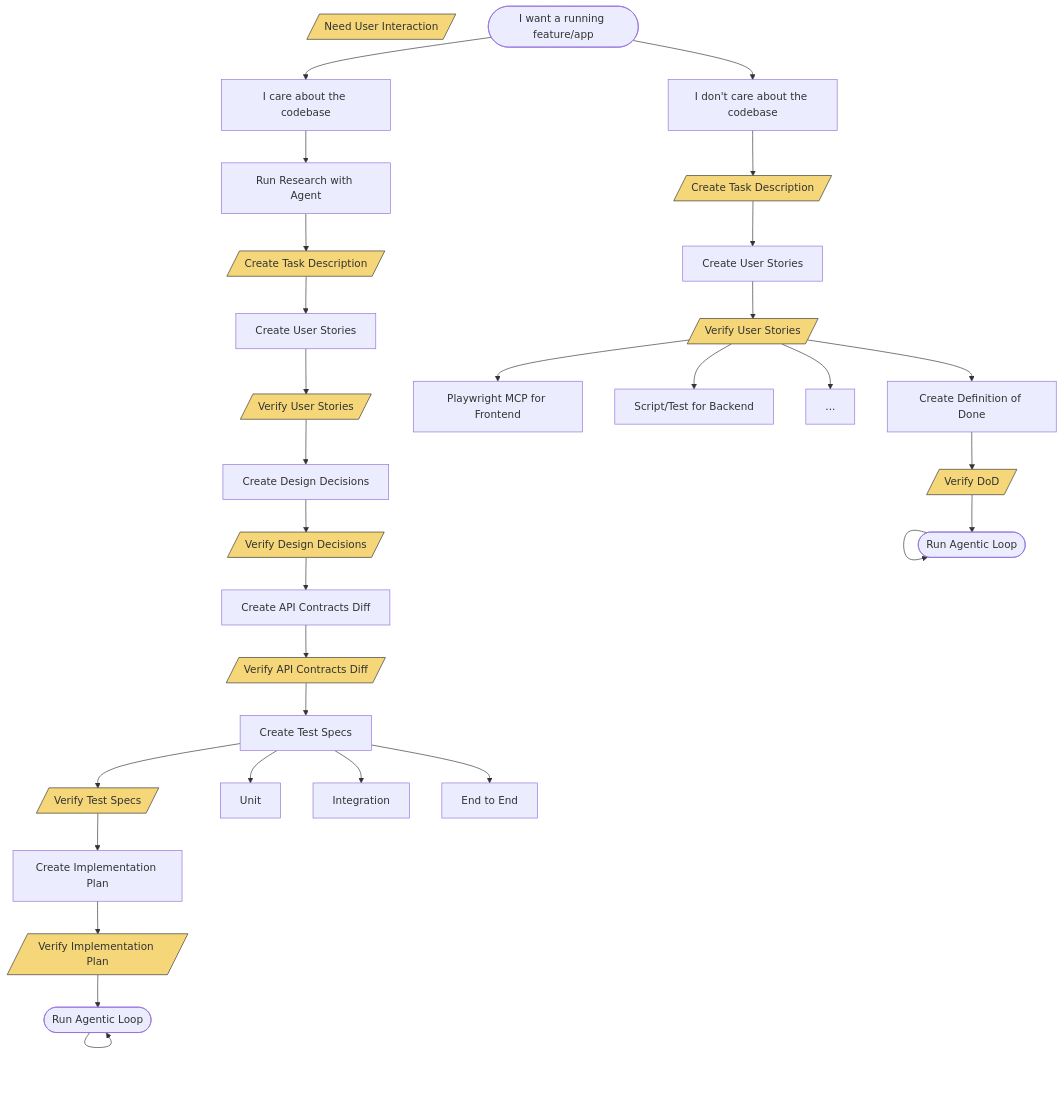
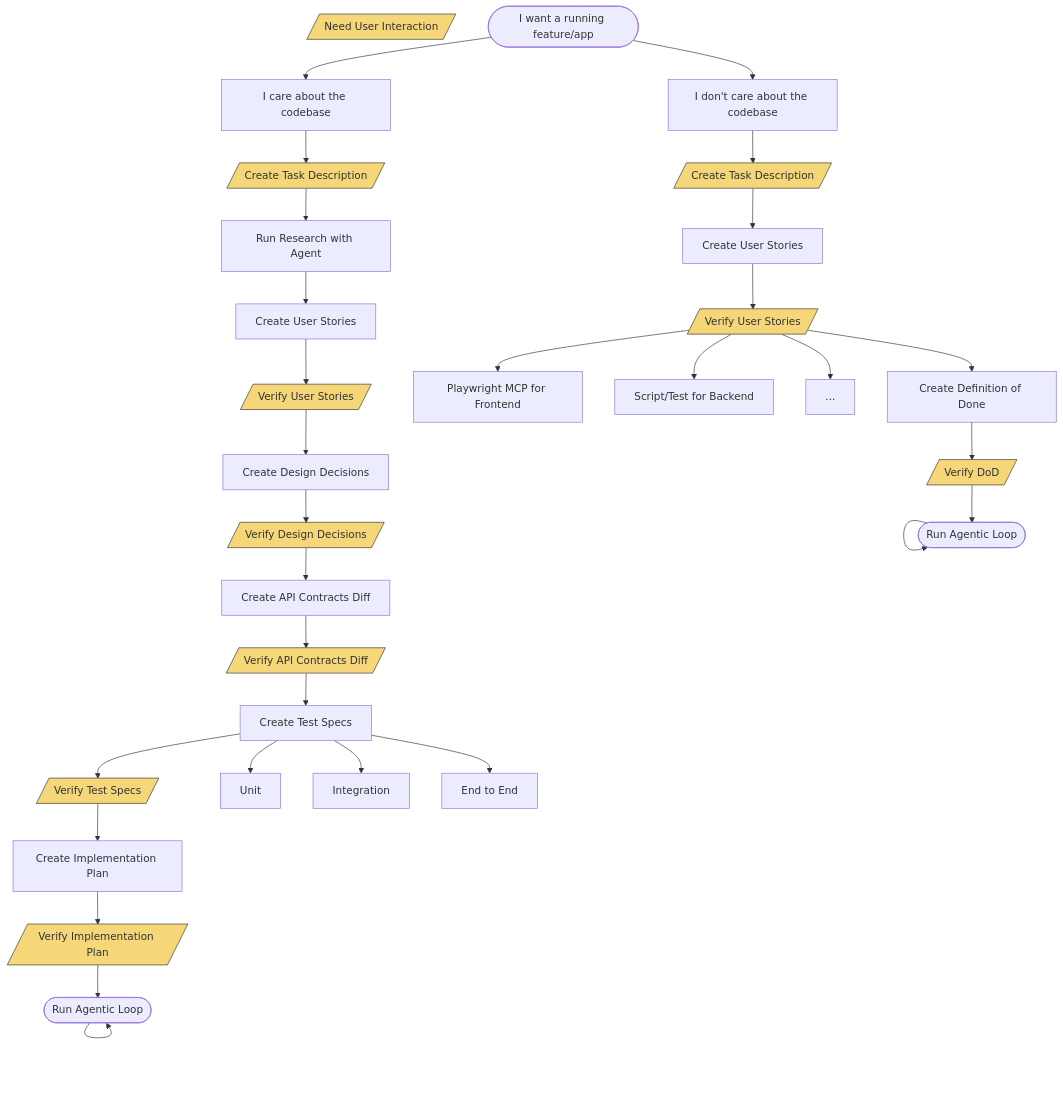
One commit to roman-romanov-o/sahaidachny changed the diagram in PLANNING.md. Above: the diagram before and after it, drawn with Mermaid. The commit also changed other lines of this file and 22 other files, not shown here.

````diff
--- a/PLANNING.md
+++ b/PLANNING.md
@@ -148,59 +148,59 @@
 ```mermaid
 flowchart TD
     %% Legend
     legend[/"Need User Interaction"/]
     style legend fill:#f5d77a,stroke:#333,stroke-width:1px
 
     %% Entry point
     start(["I want a running feature/app"])
 
     %% Decision split
     start --> dontcare["I don't care about the codebase"]
     start --> care["I care about the codebase"]
 
     %% Left branch - Don't care about codebase
     dontcare --> L_createTask[/"Create Task Description"/]
     L_createTask --> L_createStories["Create User Stories"]
     L_createStories --> L_verifyStories[/"Verify User Stories"/]
     L_verifyStories --> L_createDoD["Create Definition of Done"]
     L_createDoD --> L_verifyDoD[/"Verify DoD"/]
     L_verifyDoD --> L_agenticLoop(["Run Agentic Loop"])
     L_agenticLoop --> L_agenticLoop
 
     %% Left branch verification options
     L_verifyStories --> playwright["Playwright MCP for Frontend"]
     L_verifyStories --> script["Script/Test for Backend"]
     L_verifyStories --> more["..."]
 
     %% Right branch - Care about codebase
-    care --> R_research["Run Research with Agent"]
-    R_research --> R_createTask[/"Create Task Description"/]
-    R_createTask --> R_createStories["Create User Stories"]
+    care --> R_createTask[/"Create Task Description"/]
+    R_createTask --> R_research["Run Research with Agent"]
+    R_research --> R_createStories["Create User Stories"]
     R_createStories --> R_verifyStories[/"Verify User Stories"/]
     R_verifyStories --> R_createDD["Create Design Decisions"]
     R_createDD --> R_verifyDD[/"Verify Design Decisions"/]
     R_verifyDD --> R_createAPI["Create API Contracts Diff"]
     R_createAPI --> R_verifyAPI[/"Verify API Contracts Diff"/]
     R_verifyAPI --> R_createTest["Create Test Specs"]
     R_createTest --> R_verifyTest[/"Verify Test Specs"/]
     R_verifyTest --> R_createImpl["Create Implementation Plan"]
     R_createImpl --> R_verifyImpl[/"Verify Implementation Plan"/]
     R_verifyImpl --> R_agenticLoop(["Run Agentic Loop"])
     R_agenticLoop --> R_agenticLoop
 
     %% Test types branching
     R_createTest --> unit["Unit"]
     R_createTest --> integration["Integration"]
     R_createTest --> e2e["End to End"]
 
     %% Styling for yellow boxes (user interaction needed)
     style L_createTask fill:#f5d77a,stroke:#333,stroke-width:1px
     style L_verifyStories fill:#f5d77a,stroke:#333,stroke-width:1px
     style L_verifyDoD fill:#f5d77a,stroke:#333,stroke-width:1px
     style R_createTask fill:#f5d77a,stroke:#333,stroke-width:1px
     style R_verifyStories fill:#f5d77a,stroke:#333,stroke-width:1px
     style R_verifyDD fill:#f5d77a,stroke:#333,stroke-width:1px
     style R_verifyAPI fill:#f5d77a,stroke:#333,stroke-width:1px
     style R_verifyTest fill:#f5d77a,stroke:#333,stroke-width:1px
     style R_verifyImpl fill:#f5d77a,stroke:#333,stroke-width:1px
 ```
````
